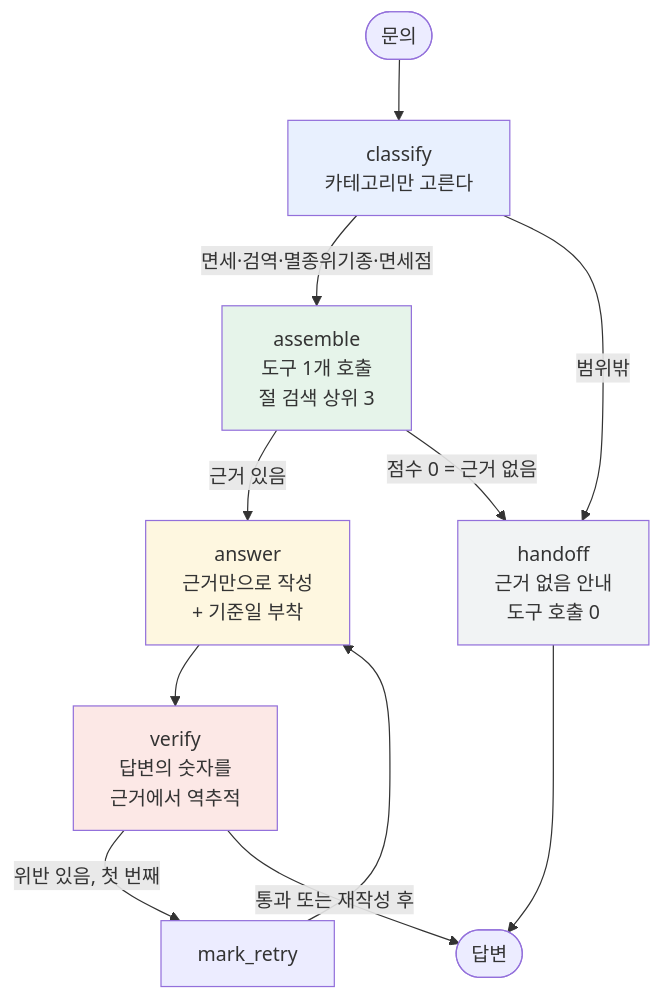
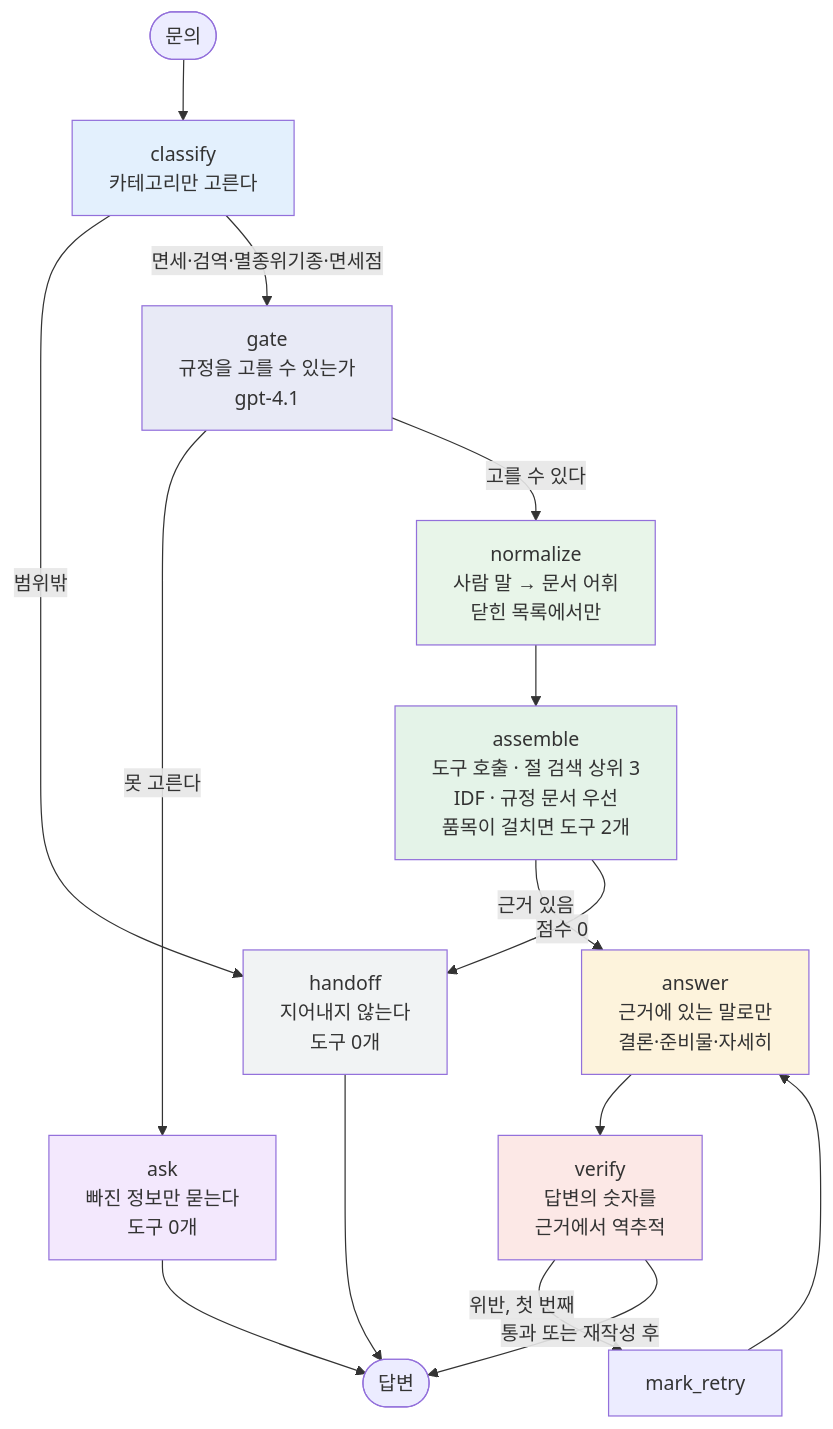
One commit to jubyeong-kim/souvenir-customs-agent changed the diagram in REPORT.md. Above: the diagram before and after it, drawn with Mermaid. The commit also changed other lines of this file and 2 other files, not shown here.

````diff
--- a/REPORT.md
+++ b/REPORT.md
@@ -254,18 +251,25 @@
 ```mermaid
 flowchart TD
     START([문의]) --> C[classify<br/>카테고리만 고른다]
-    C -->|면세·검역·멸종위기종·면세점| A[assemble<br/>도구 1개 호출<br/>절 검색 상위 3]
-    C -->|범위밖| H[handoff<br/>근거 없음 안내<br/>도구 호출 0]
-    A -->|근거 있음| W[answer<br/>근거만으로 작성<br/>+ 기준일 부착]
-    A -->|점수 0 = 근거 없음| H
+    C -->|범위밖| H[handoff<br/>지어내지 않는다<br/>도구 0개]
+    C -->|면세·검역·멸종위기종·면세점| G[gate<br/>규정을 고를 수 있는가<br/>gpt-4.1]
+    G -->|못 고른다| K[ask<br/>빠진 정보만 묻는다<br/>도구 0개]
+    G -->|고를 수 있다| N[normalize<br/>사람 말 → 문서 어휘<br/>닫힌 목록에서만]
+    N --> A[assemble<br/>도구 호출 · 절 검색 상위 3<br/>IDF · 규정 문서 우선<br/>품목이 걸치면 도구 2개]
+    A -->|근거 있음| W[answer<br/>근거에 있는 말로만<br/>결론·준비물·자세히]
+    A -->|점수 0| H
     W --> V[verify<br/>답변의 숫자를<br/>근거에서 역추적]
-    V -->|위반 있음, 첫 번째| R[mark_retry] --> W
+    V -->|위반, 첫 번째| R[mark_retry] --> W
     V -->|통과 또는 재작성 후| E([답변])
+    K --> E
     H --> E
 
-    style C fill:#e8f0fe
-    style A fill:#e6f4ea
-    style W fill:#fef7e0
+    style C fill:#e3f0fd
+    style G fill:#e8eaf6
+    style K fill:#f3e8fd
+    style N fill:#e8f5e9
+    style A fill:#e4f3e8
+    style W fill:#fdf3dc
     style V fill:#fce8e6
     style H fill:#f1f3f4
 ```
````
